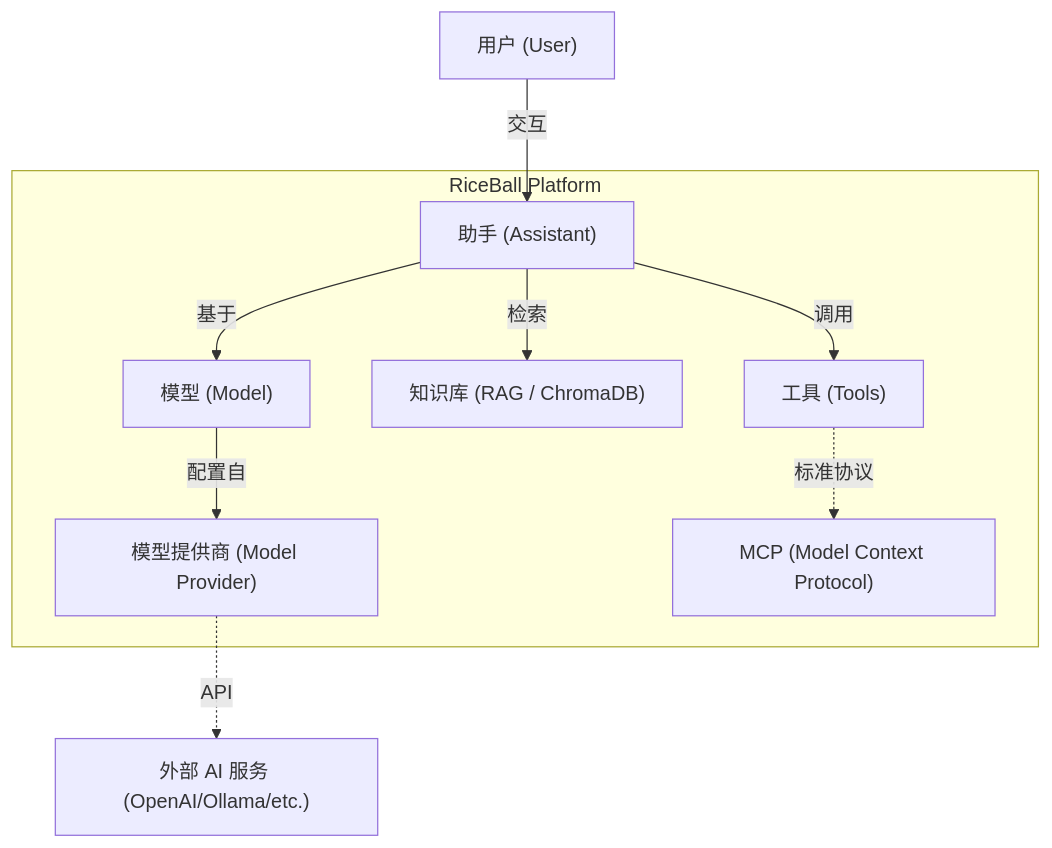
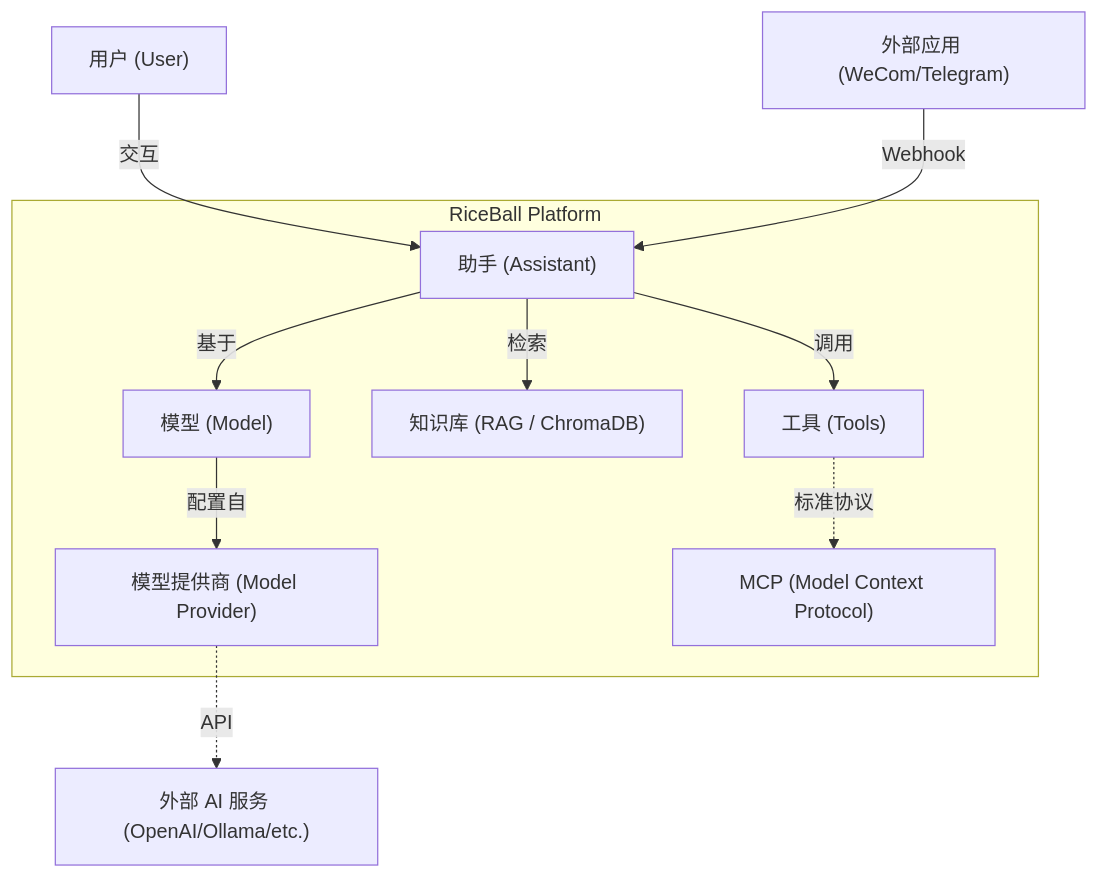
One commit to riceball-ai/riceball changed the diagram in docs/zh/guide/architecture.md. Above: the diagram before and after it, drawn with Mermaid. The commit also changed other lines of this file and 26 other files, not shown here.

First line of the commit message:
feat: Implement channel management features with Telegram and WeCom integration

````diff
--- a/docs/zh/guide/architecture.md
+++ b/docs/zh/guide/architecture.md
@@ -9,15 +9,16 @@
 ```mermaid
 graph TD
     User["用户 (User)"] -->|交互| Assistant["助手 (Assistant)"]
     
     subgraph "RiceBall Platform"
         Assistant -->|基于| Model["模型 (Model)"]
         Assistant -->|检索| RAG["知识库 (RAG / ChromaDB)"]
         Assistant -->|调用| Tools["工具 (Tools)"]
         
         Model -->|配置自| Provider["模型提供商 (Model Provider)"]
         Tools -.->|标准协议| MCP["MCP (Model Context Protocol)"]
     end
     
-    Provider -.->|API| External["外部 AI 服务 (OpenAI/Ollama/etc.)"]
+    ExternalApps["外部应用 (WeCom/Telegram)"] -->|Webhook| Assistant
+    Provider -.->|API| ExternalServices["外部 AI 服务 (OpenAI/Ollama/etc.)"]
 ```
````
